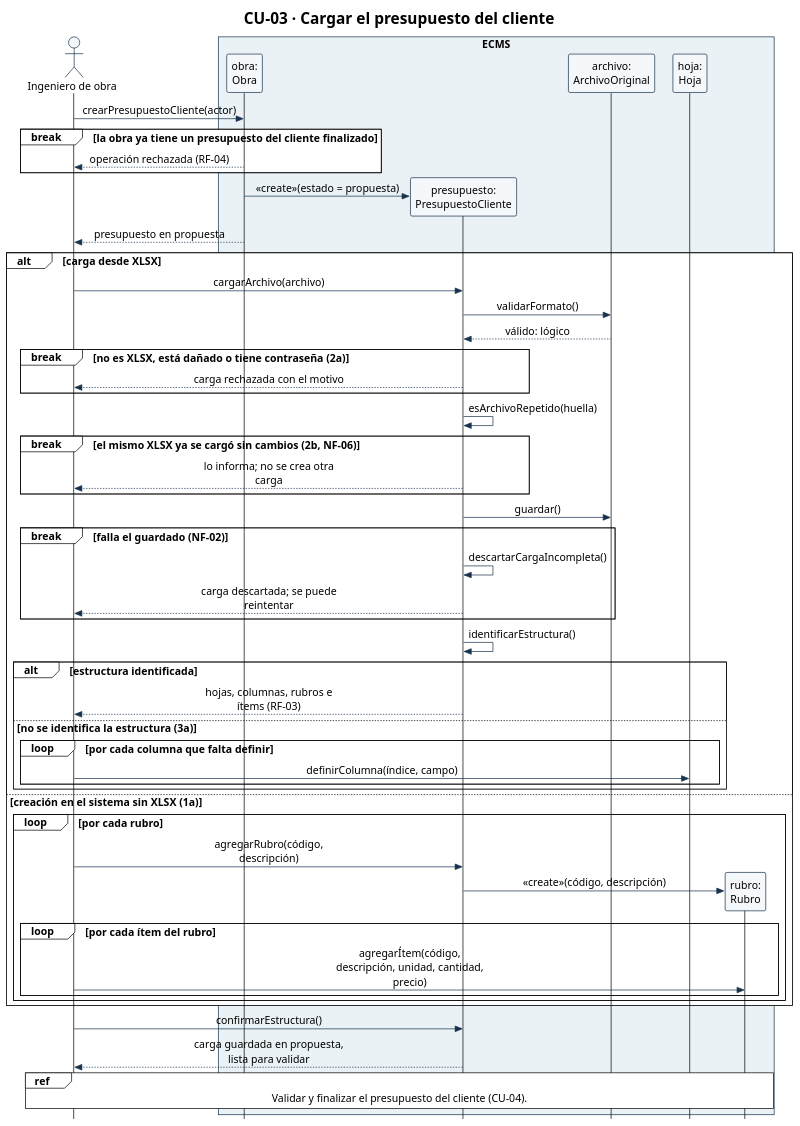
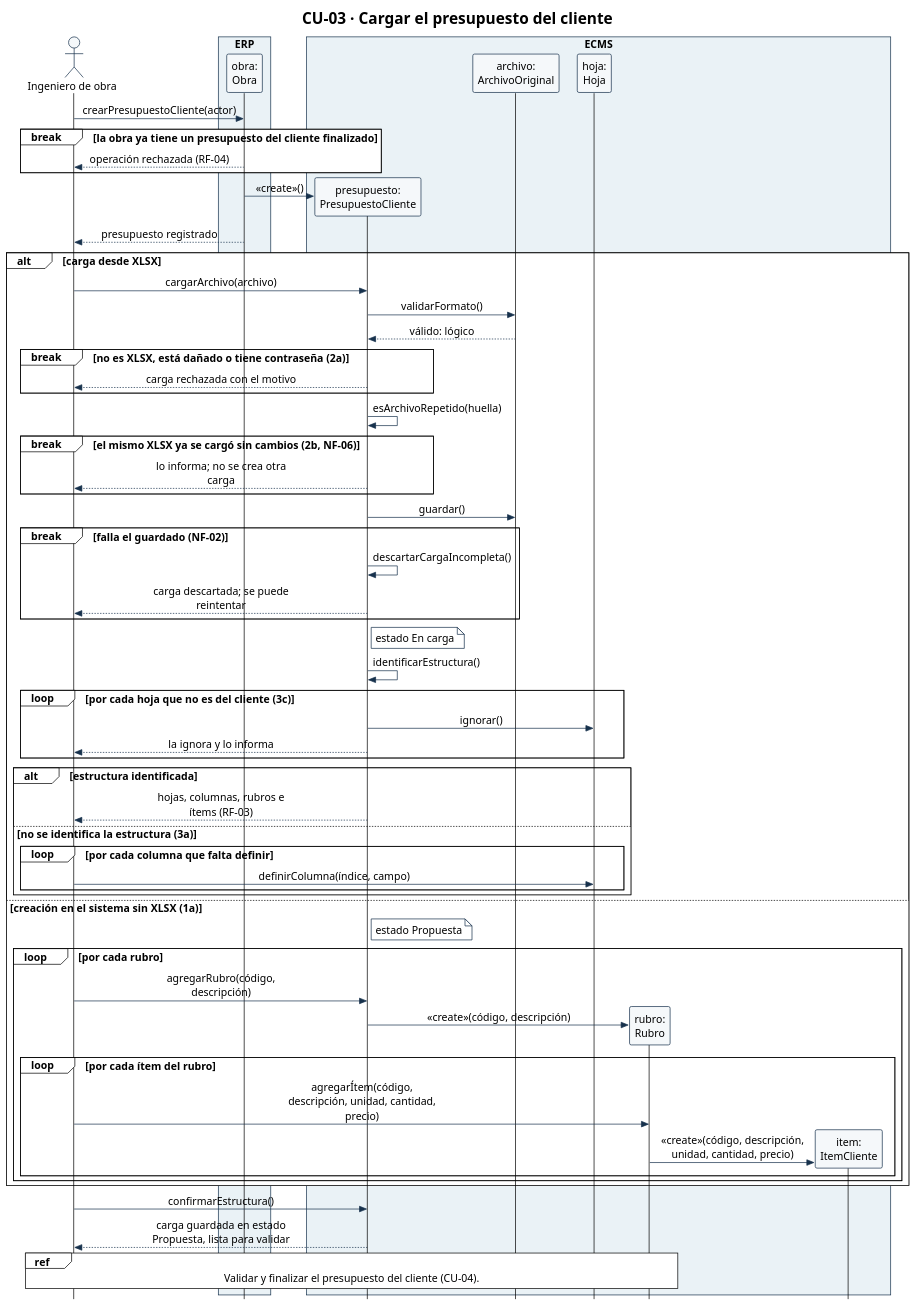
Before and after one commit to Ssrrb/tpf-uca: the diagram in diagramas/CU-03-secuencia.puml, drawn with PlantUML. The commit also changed 41 other files, not shown here.

First line of the commit message:
Diagramas de los 16 CU en el MVP: ajustes de CU-01 a CU-09 y diagramas nuevos de CU-10 a CU-16

```diff
--- a/diagramas/CU-03-secuencia.puml
+++ b/diagramas/CU-03-secuencia.puml
@@ -1,79 +1,90 @@
 @startuml
 !theme plain
 skinparam style strictuml
 skinparam shadowing false
 skinparam defaultFontName Arial
 skinparam defaultFontSize 15
 skinparam sequenceMessageAlign center
 skinparam maxMessageSize 220
 skinparam ParticipantPadding 8
 skinparam BoxPadding 6
 skinparam ParticipantBackgroundColor #F5F8FA
 skinparam ParticipantBorderColor #17324D
 skinparam ActorBorderColor #17324D
 skinparam ActorBackgroundColor #F5F8FA
 skinparam ArrowColor #17324D
 skinparam SequenceBoxBorderColor #17324D
 skinparam note {
   BackgroundColor #FFFFFF
   BorderColor #17324D
 }
 hide footbox
 title CU-03 · Cargar el presupuesto del cliente
 actor "Ingeniero de obra" as Ing
+box "ERP" #EAF2F6
+participant "obra:\nObra" as Obra
+end box
 box "ECMS" #EAF2F6
-participant "obra:\nObra" as Obra
 participant "presupuesto:\nPresupuestoCliente" as Pres
 participant "archivo:\nArchivoOriginal" as Arch
 participant "hoja:\nHoja" as Hoja
 participant "rubro:\nRubro" as Rubro
+participant "item:\nItemCliente" as Item
 end box
 
 Ing -> Obra: crearPresupuestoCliente(actor)
 break la obra ya tiene un presupuesto del cliente finalizado
   Obra --> Ing: operación rechazada (RF-04)
 end
 create Pres
-Obra -> Pres: «create»(estado = propuesta)
-Obra --> Ing: presupuesto en propuesta
+Obra -> Pres: «create»()
+Obra --> Ing: presupuesto registrado
 
 alt carga desde XLSX
   Ing -> Pres: cargarArchivo(archivo)
   Pres -> Arch: validarFormato()
   Arch --> Pres: válido: lógico
   break no es XLSX, está dañado o tiene contraseña (2a)
     Pres --> Ing: carga rechazada con el motivo
   end
   Pres -> Pres: esArchivoRepetido(huella)
   break el mismo XLSX ya se cargó sin cambios (2b, NF-06)
     Pres --> Ing: lo informa; no se crea otra carga
   end
   Pres -> Arch: guardar()
   break falla el guardado (NF-02)
     Pres -> Pres: descartarCargaIncompleta()
     Pres --> Ing: carga descartada; se puede reintentar
   end
+  note right of Pres: estado En carga
   Pres -> Pres: identificarEstructura()
+  loop por cada hoja que no es del cliente (3c)
+    Pres -> Hoja: ignorar()
+    Pres --> Ing: la ignora y lo informa
+  end
   alt estructura identificada
     Pres --> Ing: hojas, columnas, rubros e ítems (RF-03)
   else no se identifica la estructura (3a)
     loop por cada columna que falta definir
       Ing -> Hoja: definirColumna(índice, campo)
     end
   end
 else creación en el sistema sin XLSX (1a)
+  note right of Pres: estado Propuesta
   loop por cada rubro
     Ing -> Pres: agregarRubro(código, descripción)
     create Rubro
     Pres -> Rubro: «create»(código, descripción)
     loop por cada ítem del rubro
       Ing -> Rubro: agregarÍtem(código, descripción, unidad, cantidad, precio)
+      create Item
+      Rubro -> Item: «create»(código, descripción, unidad, cantidad, precio)
     end
   end
 end
 Ing -> Pres: confirmarEstructura()
-Pres --> Ing: carga guardada en propuesta, lista para validar
+Pres --> Ing: carga guardada en estado Propuesta, lista para validar
 ref over Ing, Rubro
   Validar y finalizar el presupuesto del cliente (CU-04).
 end ref
 @enduml
```
